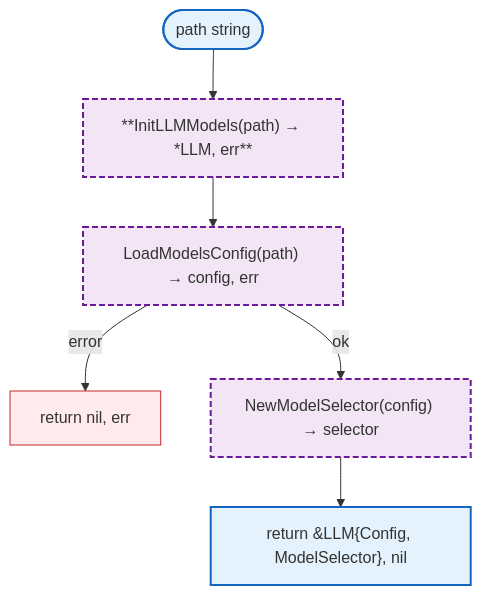
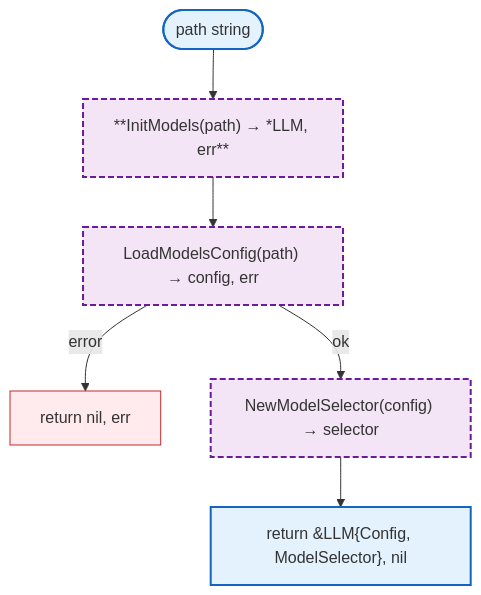
One commit to radch-ai/ava changed the second of 9 diagrams in docs/internal/llm/models_config.md. Above: the diagram before and after it, drawn with Mermaid. The commit also changed other lines of this file and 6 other files, not shown here.

First line of the commit message:
refactor: simplify gateway init with server.NewWithRedis and llm.InitModels

````diff
--- a/docs/internal/llm/models_config.md
+++ b/docs/internal/llm/models_config.md
@@ -86,16 +86,16 @@
 ```mermaid
 flowchart TB
-    Start([path string]) --> HInit["**InitLLMModels(path) → *LLM, err**"]
+    Start([path string]) --> HInit["**InitModels(path) → *LLM, err**"]
     HInit --> Load["LoadModelsConfig(path) → config, err"]
     Load -->|error| ELoad["return nil, err"]
     Load -->|ok| CreateSelector["NewModelSelector(config) → selector"]
     CreateSelector --> Return["return &LLM{Config, ModelSelector}, nil"]
 
     classDef mainFn fill:#e3f2fd,stroke:#1565c0,stroke-width:2px
     classDef internalFn fill:#f3e5f5,stroke:#6a1b9a,stroke-width:2px,stroke-dasharray:6 3
     classDef errorFlow fill:#ffebee,stroke:#c62828,stroke-width:1px
 
     class Start,Return mainFn
     class HInit,Load,CreateSelector internalFn
     class ELoad errorFlow
 ```
````
